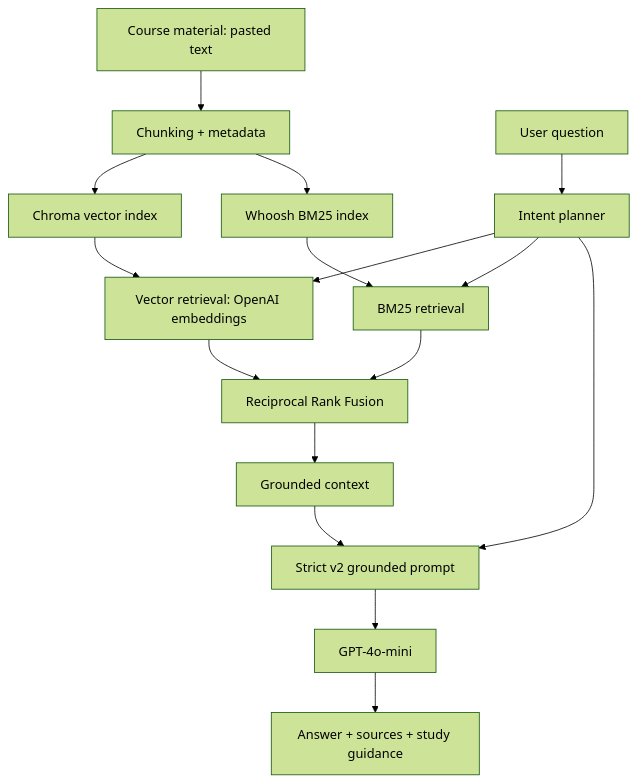
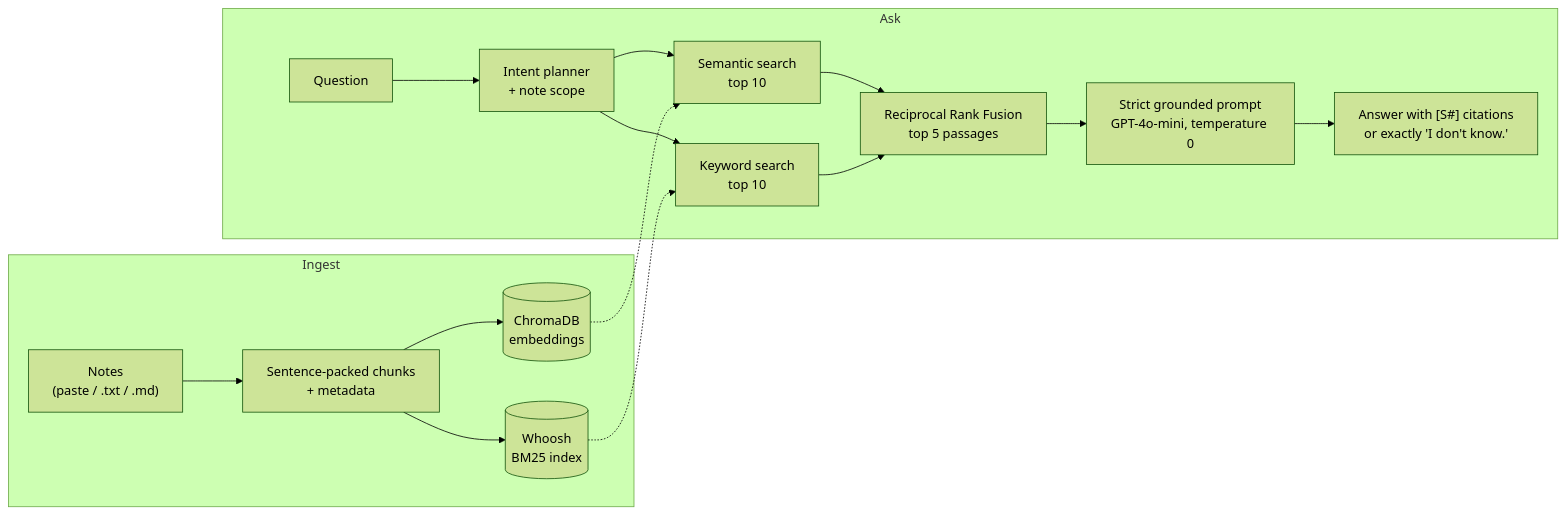
One commit to nour0205/Recall changed the diagram in README.md. Above: the diagram before and after it, drawn with Mermaid (forest theme). The commit also changed other lines of this file and 4 other files, not shown here.

````diff
--- a/README.md
+++ b/README.md
@@ -20,18 +53,19 @@
 ```mermaid
-flowchart TD
-    Material["Course material: pasted text"] --> Chunks["Chunking + metadata"]
-    Chunks --> Dense["Chroma vector index"]
-    Chunks --> Sparse["Whoosh BM25 index"]
-    Question["User question"] --> Planner["Intent planner"]
-    Planner --> Vector["Vector retrieval: OpenAI embeddings"]
-    Planner --> BM25["BM25 retrieval"]
-    Dense --> Vector
-    Sparse --> BM25
-    Vector --> RRF["Reciprocal Rank Fusion"]
-    BM25 --> RRF
-    RRF --> Context["Grounded context"]
-    Context --> Prompt["Strict v2 grounded prompt"]
-    Planner --> Prompt
-    Prompt --> LLM["GPT-4o-mini"]
-    LLM --> Answer["Answer + sources + study guidance"]
+flowchart LR
+    subgraph Ingest
+        N["Notes<br/>(paste / .txt / .md)"] --> C["Sentence-packed chunks<br/>+ metadata"]
+        C --> V[("ChromaDB<br/>embeddings")]
+        C --> K[("Whoosh<br/>BM25 index")]
+    end
+    subgraph Ask
+        Q["Question"] --> P["Intent planner<br/>+ note scope"]
+        P --> D["Semantic search<br/>top 10"]
+        P --> B["Keyword search<br/>top 10"]
+        V -.-> D
+        K -.-> B
+        D --> F["Reciprocal Rank Fusion<br/>top 5 passages"]
+        B --> F
+        F --> G["Strict grounded prompt<br/>GPT-4o-mini, temperature 0"]
+        G --> A["Answer with [S#] citations<br/>or exactly 'I don't know.'"]
+    end
 ```
````
